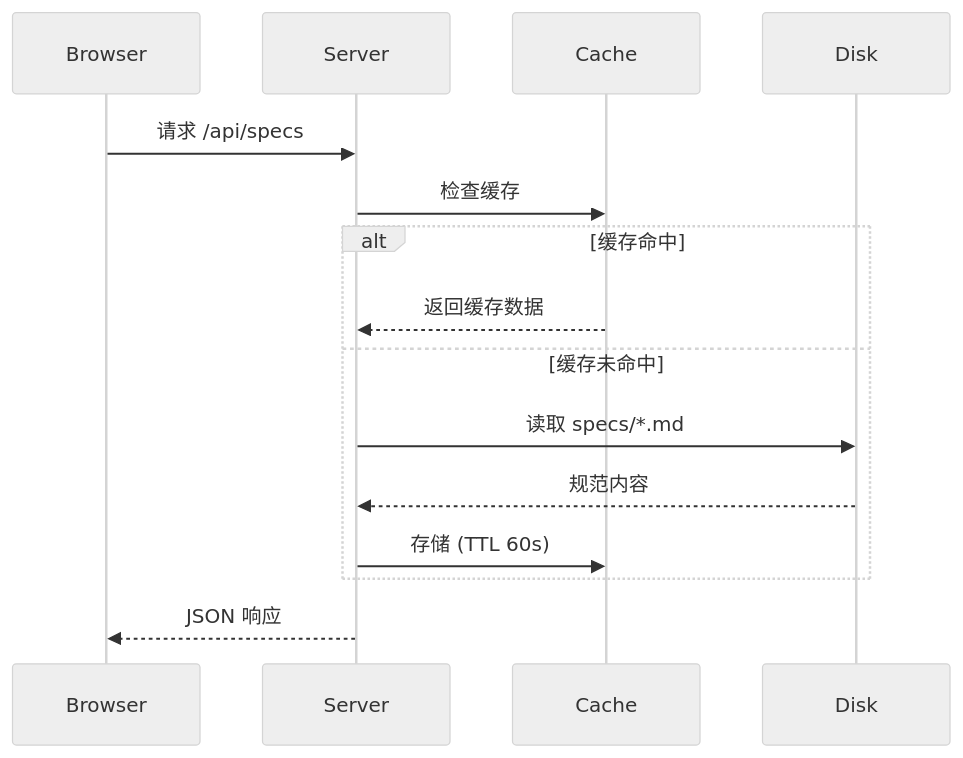
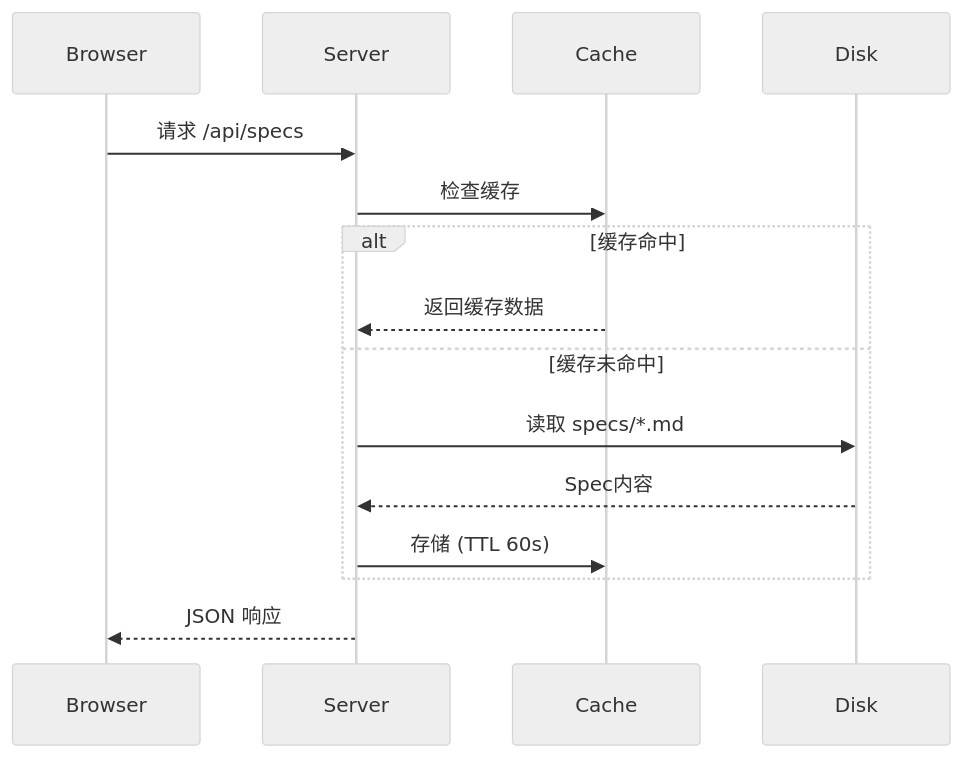
The second of 2 diagrams in i18n/zh-Hans/docusaurus-plugin-content-docs/current/reference/ui-package.mdx (codervisor/lean-spec-docs), drawn with Mermaid (neutral theme) before and after one commit. The commit also changed other lines of this file and 42 other files, not shown here.

````diff
--- a/i18n/zh-Hans/docusaurus-plugin-content-docs/current/reference/ui-package.mdx
+++ b/i18n/zh-Hans/docusaurus-plugin-content-docs/current/reference/ui-package.mdx
@@ -167,18 +167,18 @@
 ```mermaid
 sequenceDiagram
     participant Browser
     participant Server
     participant Cache
     participant Disk
     
     Browser->>Server: 请求 /api/specs
     Server->>Cache: 检查缓存
     alt 缓存命中
         Cache-->>Server: 返回缓存数据
     else 缓存未命中
         Server->>Disk: 读取 specs/*.md
-        Disk-->>Server: 规范内容
+        Disk-->>Server: Spec内容
         Server->>Cache: 存储 (TTL 60s)
     end
     Server-->>Browser: JSON 响应
 ```
````
